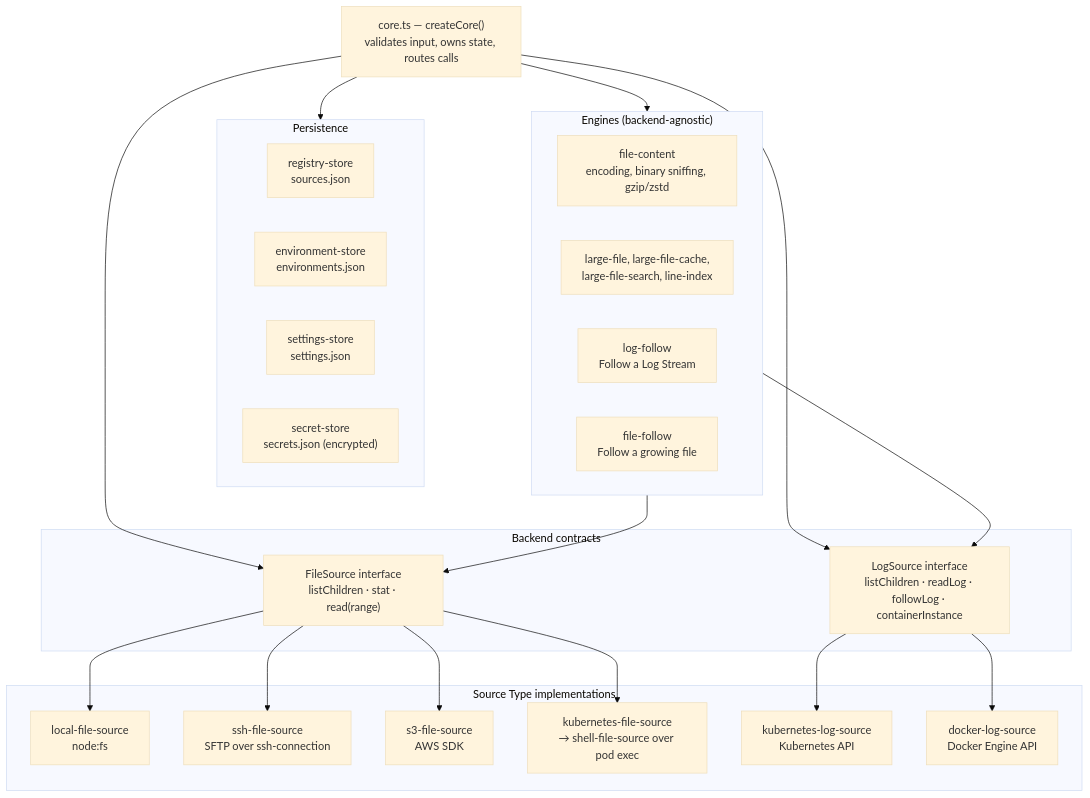
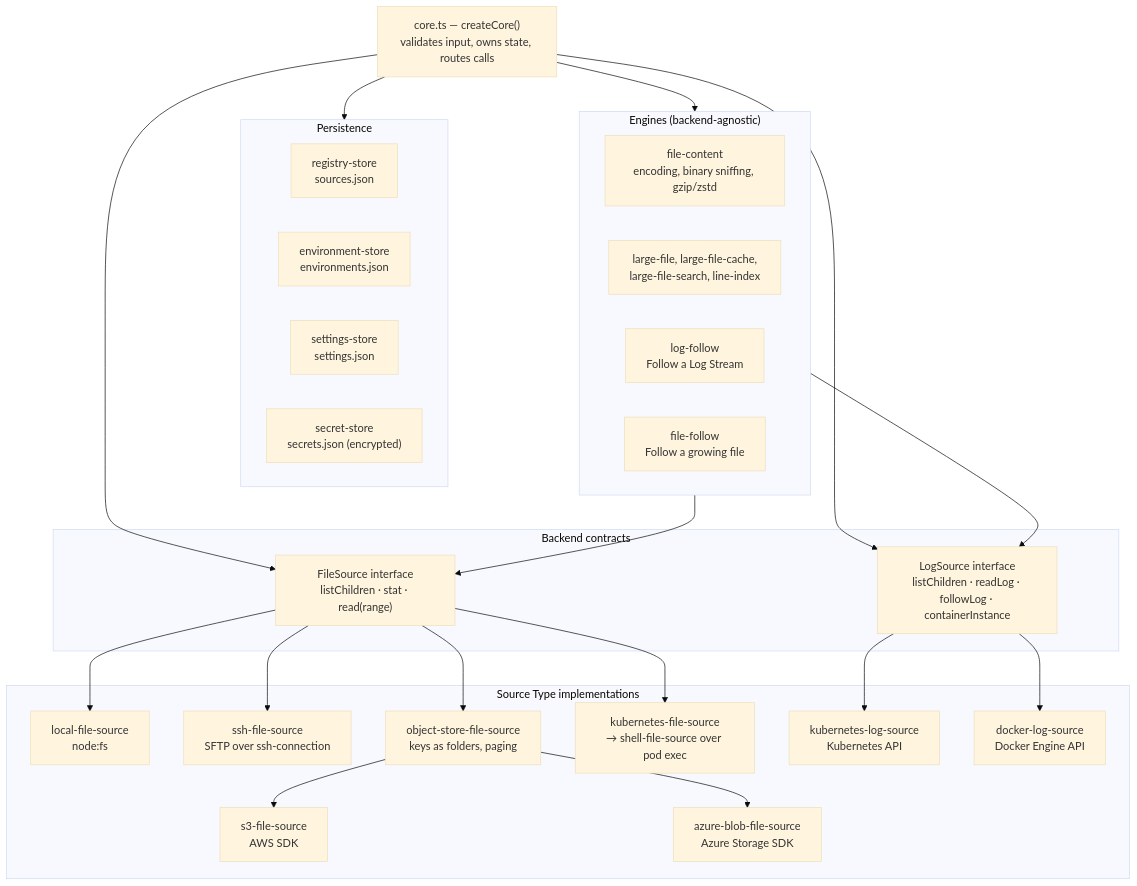
The second of 7 diagrams in docs/architecture.md (ducttapeworksorg/polyscope), drawn with Mermaid (base theme) before and after one commit. The commit also changed other lines of this file and 20 other files, not shown here.

First line of the commit message:
feat(azure): Azure Blob Storage Source signing in with a connection string

````diff
--- a/docs/architecture.md
+++ b/docs/architecture.md
@@ -164,42 +165,45 @@
 ```mermaid
 flowchart TB
   Facade["core.ts — createCore()<br/>validates input, owns state, routes calls"]
 
   subgraph Stores["Persistence"]
     Registry["registry-store<br/>sources.json"]
     Envs["environment-store<br/>environments.json"]
     SettingsS["settings-store<br/>settings.json"]
     Secrets["secret-store<br/>secrets.json (encrypted)"]
   end
 
   subgraph Engines["Engines (backend-agnostic)"]
     Content["file-content<br/>encoding, binary sniffing, gzip/zstd"]
     Large["large-file, large-file-cache,<br/>large-file-search, line-index"]
     LogFollow["log-follow<br/>Follow a Log Stream"]
     FileFollow["file-follow<br/>Follow a growing file"]
   end
 
   subgraph Abstractions["Backend contracts"]
     FS["FileSource interface<br/>listChildren · stat · read(range)"]
     LS["LogSource interface<br/>listChildren · readLog · followLog · containerInstance"]
   end
 
   subgraph Impl["Source Type implementations"]
     Local["local-file-source<br/>node:fs"]
     SSH["ssh-file-source<br/>SFTP over ssh-connection"]
     S3["s3-file-source<br/>AWS SDK"]
+    Azure["azure-blob-file-source<br/>Azure Storage SDK"]
+    OS["object-store-file-source<br/>keys as folders, paging"]
     KF["kubernetes-file-source<br/>→ shell-file-source over pod exec"]
     KL["kubernetes-log-source<br/>Kubernetes API"]
     DL["docker-log-source<br/>Docker Engine API"]
   end
 
   Facade --> Stores
   Facade --> Engines
   Engines --> FS
   Engines --> LS
   Facade --> FS
   Facade --> LS
-  FS --> Local & SSH & S3 & KF
+  FS --> Local & SSH & OS & KF
+  OS --> S3 & Azure
   LS --> KL
   LS --> DL
 ```
````
